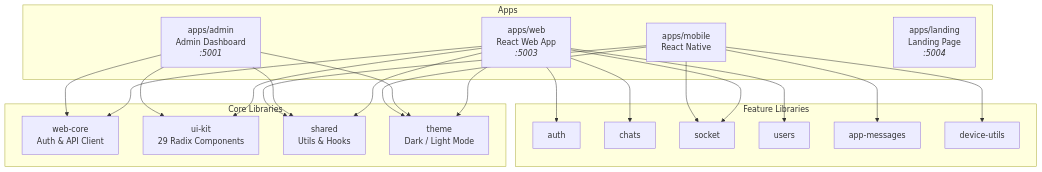
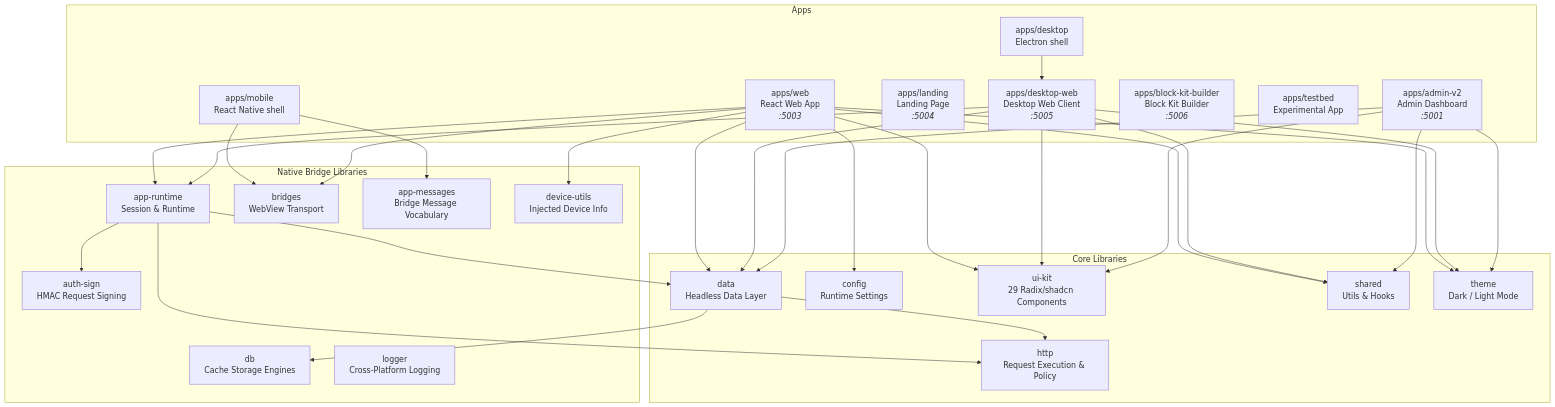
The diagram in README.md (lemoncloud-io/dou-app), drawn with Mermaid before and after one commit. The commit also changed other lines of this file and 17 other files, not shown here.

Commit message:
docs(readme): sync the app/lib inventory, license badge, and architecture diagram

````diff
--- a/README.md
+++ b/README.md
@@ -87,30 +91,41 @@
 ```mermaid
 graph TB
     subgraph Apps
         WEB["apps/web<br/>React Web App<br/><i>:5003</i>"]
-        ADMIN["apps/admin<br/>Admin Dashboard<br/><i>:5001</i>"]
-        MOBILE["apps/mobile<br/>React Native"]
+        ADMINV2["apps/admin-v2<br/>Admin Dashboard<br/><i>:5001</i>"]
         LANDING["apps/landing<br/>Landing Page<br/><i>:5004</i>"]
+        DESKWEB["apps/desktop-web<br/>Desktop Web Client<br/><i>:5005</i>"]
+        BKB["apps/block-kit-builder<br/>Block Kit Builder<br/><i>:5006</i>"]
+        TESTBED["apps/testbed<br/>Experimental App"]
+        MOBILE["apps/mobile<br/>React Native shell"]
+        DESKTOP["apps/desktop<br/>Electron shell"]
     end
 
     subgraph Core["Core Libraries"]
-        WEBCORE["web-core<br/>Auth & API Client"]
-        UIKIT["ui-kit<br/>29 Radix Components"]
+        DATA["data<br/>Headless Data Layer"]
+        HTTP["http<br/>Request Execution & Policy"]
+        CONFIG["config<br/>Runtime Settings"]
+        UIKIT["ui-kit<br/>29 Radix/shadcn Components"]
         SHARED["shared<br/>Utils & Hooks"]
         THEME["theme<br/>Dark / Light Mode"]
     end
 
-    subgraph Features["Feature Libraries"]
-        AUTH[auth]
-        CHATS[chats]
-        SOCKET[socket]
-        USERS[users]
-        APPMSG[app-messages]
-        DEVICE[device-utils]
+    subgraph Native["Native Bridge Libraries"]
+        RUNTIME["app-runtime<br/>Session & Runtime"]
+        BRIDGES["bridges<br/>WebView Transport"]
+        APPMSG["app-messages<br/>Bridge Message Vocabulary"]
+        DEVICE["device-utils<br/>Injected Device Info"]
+        DB["db<br/>Cache Storage Engines"]
+        LOGGER["logger<br/>Cross-Platform Logging"]
+        AUTHSIGN["auth-sign<br/>HMAC Request Signing"]
     end
 
-    WEB --> WEBCORE & UIKIT & SHARED & THEME
-    WEB --> AUTH & CHATS & SOCKET & USERS
-    ADMIN --> WEBCORE & UIKIT & SHARED & THEME
-    MOBILE --> SHARED & THEME & SOCKET & DEVICE & APPMSG
+    MOBILE --> BRIDGES & APPMSG
+    DESKTOP --> DESKWEB
+    WEB --> DATA & UIKIT & SHARED & THEME & CONFIG
+    WEB --> RUNTIME & BRIDGES & DEVICE
+    DESKWEB --> DATA & UIKIT & SHARED & THEME & RUNTIME
+    ADMINV2 --> DATA & UIKIT & SHARED & THEME
+    RUNTIME --> DATA & HTTP & AUTHSIGN
+    DATA --> DB & HTTP
 ```
````
